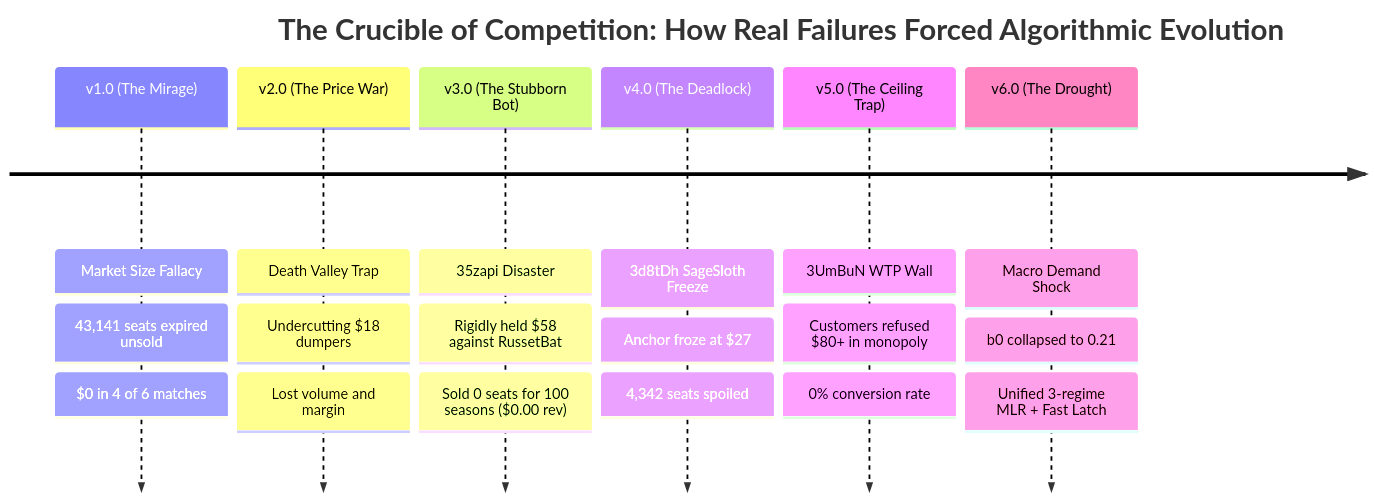
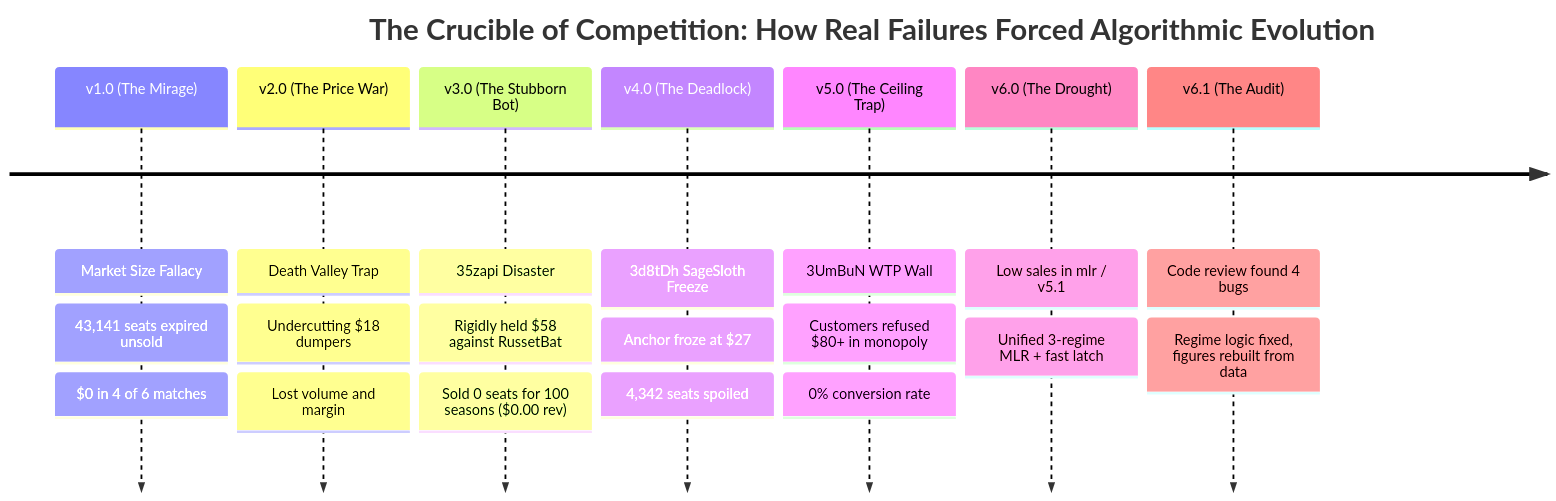
Before and after one commit to RamezCh/Learning-Optimization: the second of 4 diagrams in PRESENTATION.md, drawn with Mermaid. The commit also changed other lines of this file and 28 other files, not shown here.

````diff
--- a/PRESENTATION.md
+++ b/PRESENTATION.md
@@ -48,10 +48,11 @@
 ```mermaid
 timeline
     title The Crucible of Competition: How Real Failures Forced Algorithmic Evolution
     v1.0 (The Mirage) : Market Size Fallacy : 43,141 seats expired unsold : $0 in 4 of 6 matches
     v2.0 (The Price War) : Death Valley Trap : Undercutting $18 dumpers : Lost volume and margin
     v3.0 (The Stubborn Bot) : 35zapi Disaster : Rigidly held $58 against RussetBat : Sold 0 seats for 100 seasons ($0.00 rev)
     v4.0 (The Deadlock) : 3d8tDh SageSloth Freeze : Anchor froze at $27 : 4,342 seats spoiled
     v5.0 (The Ceiling Trap) : 3UmBuN WTP Wall : Customers refused $80+ in monopoly : 0% conversion rate
-    v6.0 (The Drought) : Macro Demand Shock : b0 collapsed to 0.21 : Unified 3-regime MLR + Fast Latch
+    v6.0 (The Drought) : Low sales in mlr / v5.1 : Unified 3-regime MLR + fast latch
+    v6.1 (The Audit) : Code review found 4 bugs : Regime logic fixed, figures rebuilt from data
 ```
````
